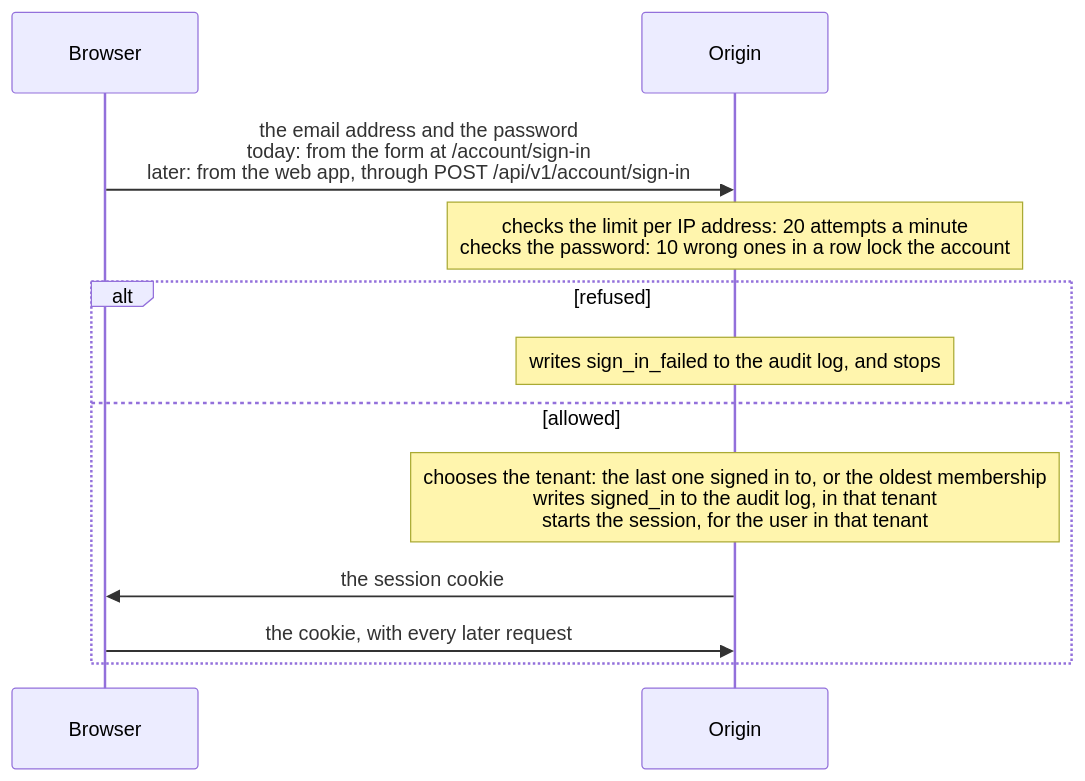
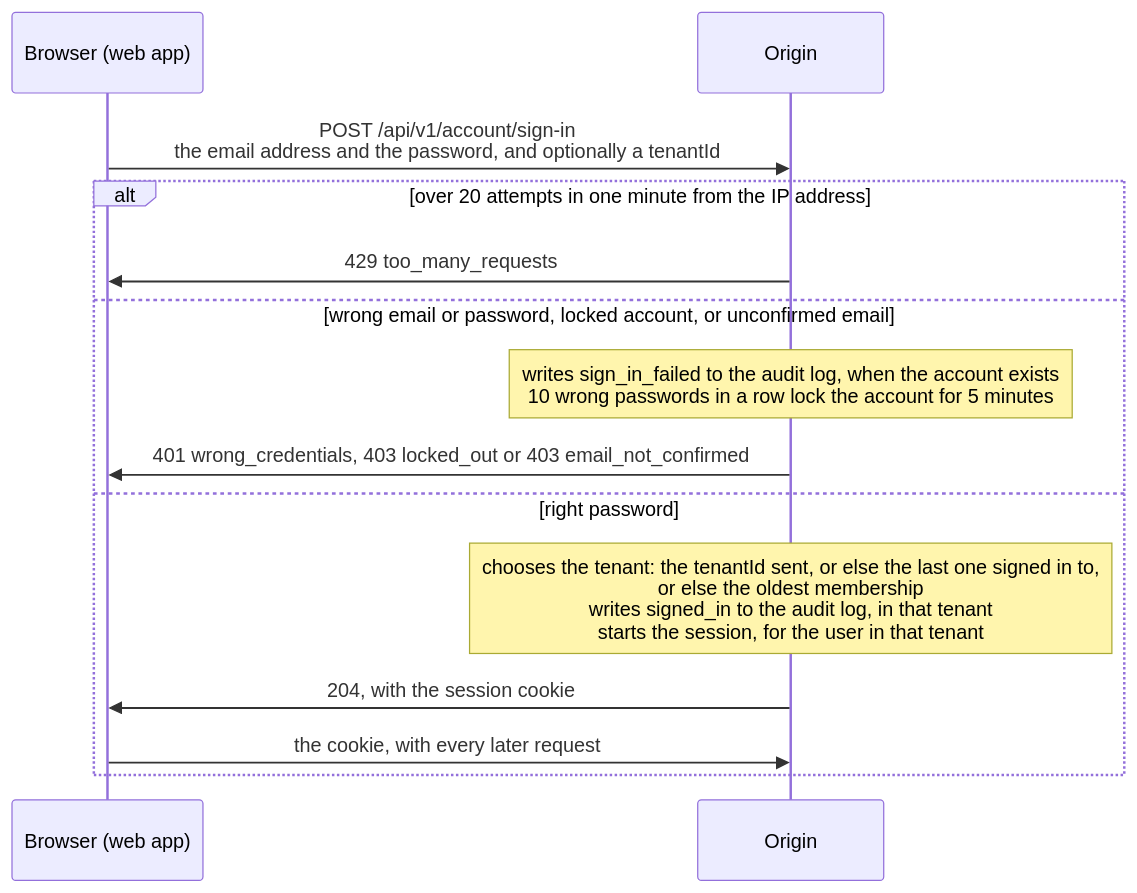
Before and after one commit to vpalos/BigFatFile: the second of 5 diagrams in docs/architecture/Architecture.Authentication.md, drawn with Mermaid. The commit also changed other lines of this file and 5 other files, not shown here.

First line of the commit message:
Show the designed sign-in flows in the Authentication diagrams, and add the external sign-in.

````diff
--- a/docs/architecture/Architecture.Authentication.md
+++ b/docs/architecture/Architecture.Authentication.md
@@ -177,14 +182,16 @@
 ```mermaid
 sequenceDiagram
-    participant B as Browser
+    participant B as Browser (web app)
     participant O as Origin
-    B->>O: the email address and the password<br/>today: from the form at /account/sign-in<br/>later: from the web app, through POST /api/v1/account/sign-in
-    Note over O: checks the limit per IP address: 20 attempts a minute<br/>checks the password: 10 wrong ones in a row lock the account
-    alt refused
-        Note over O: writes sign_in_failed to the audit log, and stops
-    else allowed
-        Note over O: chooses the tenant: the last one signed in to, or the oldest membership<br/>writes signed_in to the audit log, in that tenant<br/>starts the session, for the user in that tenant
-        O->>B: the session cookie
+    B->>O: POST /api/v1/account/sign-in<br/>the email address and the password, and optionally a tenantId
+    alt over 20 attempts in one minute from the IP address
+        O->>B: 429 too_many_requests
+    else wrong email or password, locked account, or unconfirmed email
+        Note over O: writes sign_in_failed to the audit log, when the account exists<br/>10 wrong passwords in a row lock the account for 5 minutes
+        O->>B: 401 wrong_credentials, 403 locked_out or 403 email_not_confirmed
+    else right password
+        Note over O: chooses the tenant: the tenantId sent, or else the last one signed in to,<br/>or else the oldest membership<br/>writes signed_in to the audit log, in that tenant<br/>starts the session, for the user in that tenant
+        O->>B: 204, with the session cookie
         B->>O: the cookie, with every later request
     end
 ```
````
